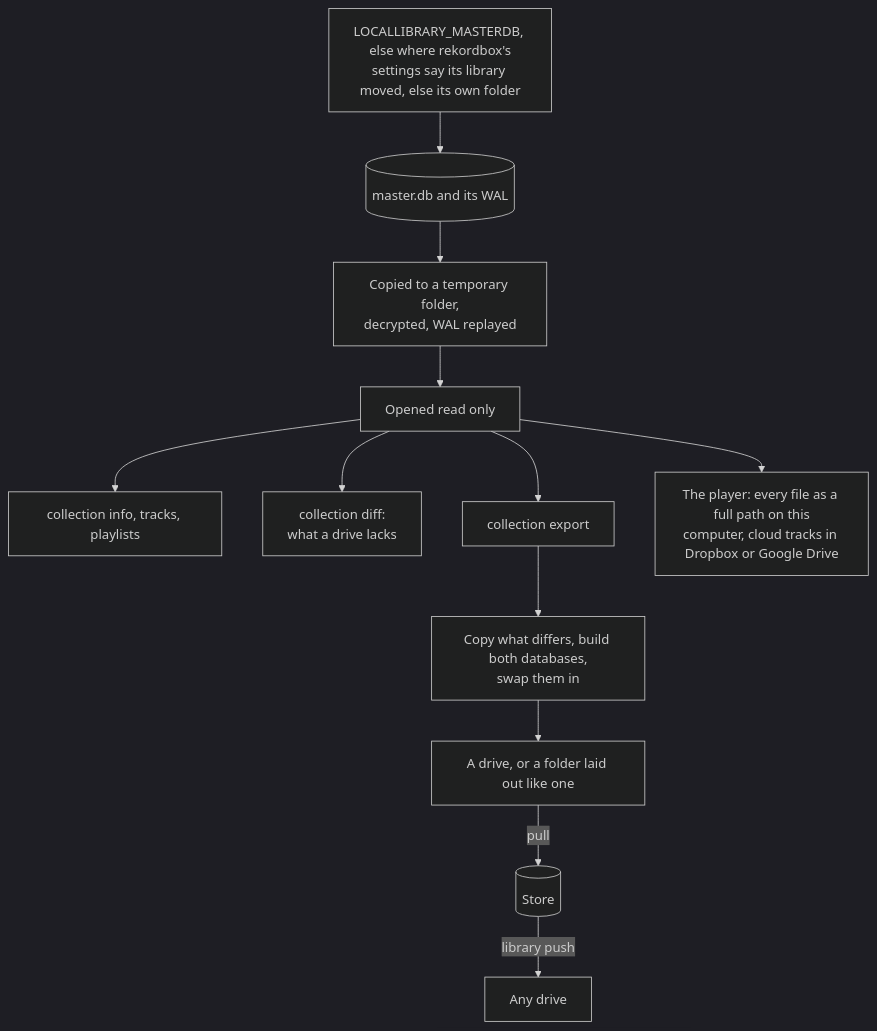
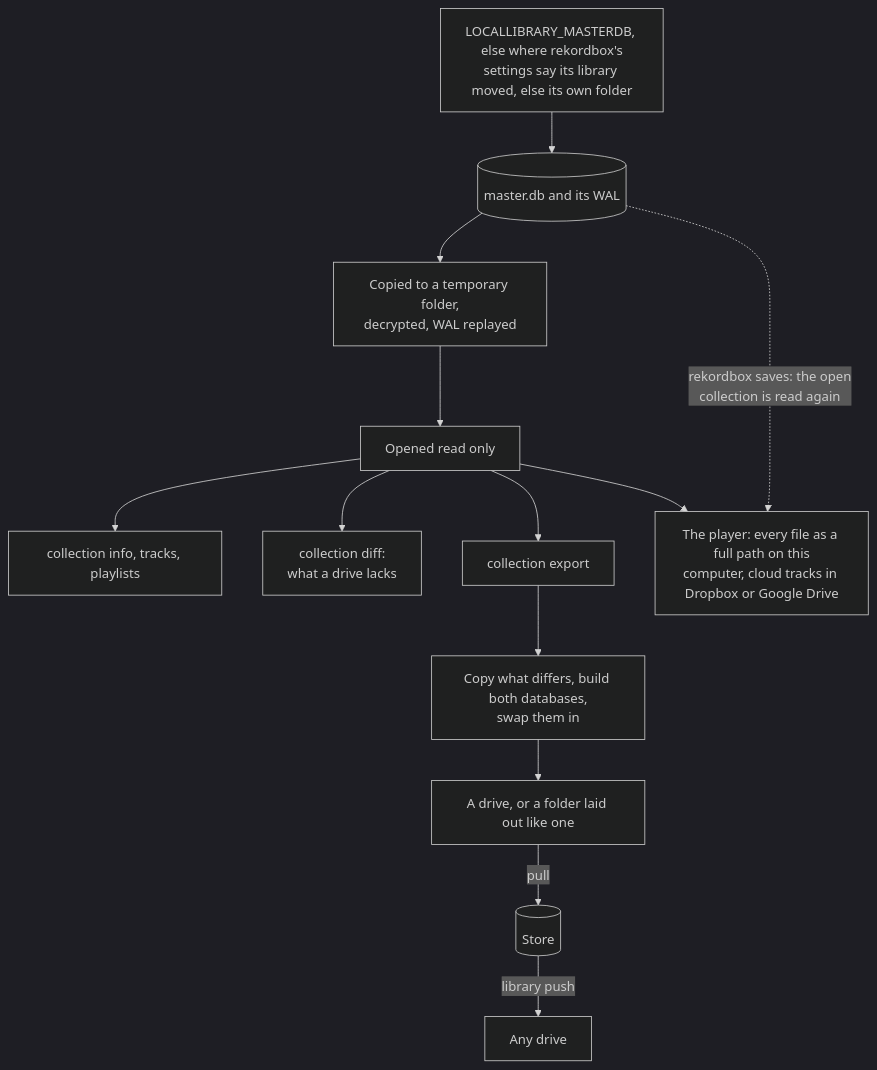
One commit to cutenode/localnetwork changed the fourth of 10 diagrams in apps/locallibrary/docs/diagrams/data.md. Above: the diagram before and after it, drawn with Mermaid (dark theme).

Commit message:
docs(locallibrary): show the player reading the collection again when rekordbox saves

````diff
--- a/apps/locallibrary/docs/diagrams/data.md
+++ b/apps/locallibrary/docs/diagrams/data.md
@@ -76,14 +76,15 @@
 ```mermaid
 flowchart TD
     find["LOCALLIBRARY_MASTERDB, else where rekordbox's<br/>settings say its library moved, else its own folder"] --> master
     master[("master.db and its WAL")] --> copy["Copied to a temporary folder,<br/>decrypted, WAL replayed"]
     copy --> read["Opened read only"]
     read --> reads["collection info, tracks, playlists"]
     read --> diff["collection diff:<br/>what a drive lacks"]
     read --> export["collection export"]
     read --> player["The player: every file as a full path on this<br/>computer, cloud tracks in Dropbox or Google Drive"]
+    master -.->|"rekordbox saves: the open<br/>collection is read again"| player
     export --> write["Copy what differs, build both databases,<br/>swap them in"]
     write --> target["A drive, or a folder laid out like one"]
     target -->|"pull"| store[("Store")]
     store -->|"library push"| drive["Any drive"]
 ```
````
